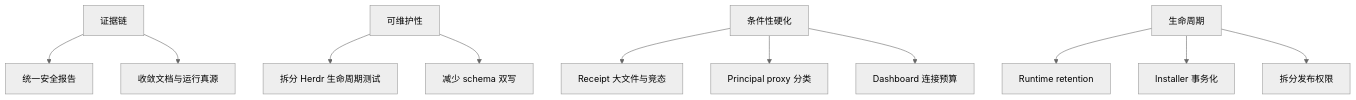
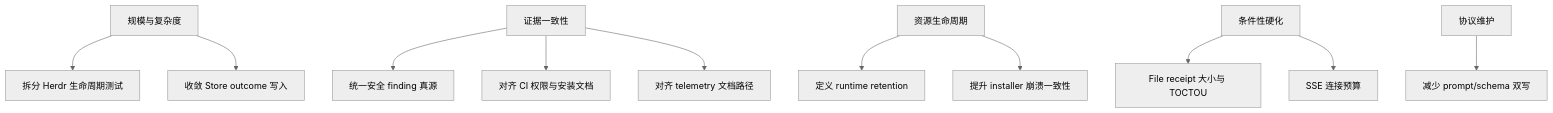
The diagram in droid-wiki/cleanup-opportunities.md (oldwinter/herdr-orchestrator), drawn with Mermaid (neutral theme) before and after one commit. The commit also changed other lines of this file and 62 other files, not shown here.

````diff
--- a/droid-wiki/cleanup-opportunities.md
+++ b/droid-wiki/cleanup-opportunities.md
@@ -10,13 +69,13 @@
 ```mermaid
 flowchart TD
-    E[证据链] --> SR[统一安全报告]
-    E --> RD[收敛文档与运行真源]
-    M[可维护性] --> HF[拆分 Herdr 生命周期测试]
-    M --> SC[减少 schema 双写]
-    H[条件性硬化] --> FR[Receipt 大文件与竞态]
-    H --> PX[Principal proxy 分类]
-    H --> SSE[Dashboard 连接预算]
-    L[生命周期] --> RT[Runtime retention]
-    L --> IN[Installer 事务化]
-    L --> CI[拆分发布权限]
+    规模[规模与复杂度] --> 生命周期[拆分 Herdr 生命周期测试]
+    规模 --> 状态折叠[收敛 Store outcome 写入]
+    证据[证据一致性] --> 安全报告[统一安全 finding 真源]
+    证据 --> 发布文档[对齐 CI 权限与安装文档]
+    证据 --> 目录命名[对齐 telemetry 文档路径]
+    生命周期2[资源生命周期] --> Retention[定义 runtime retention]
+    生命周期2 --> 安装事务[提升 installer 崩溃一致性]
+    硬化[条件性硬化] --> 文件[File receipt 大小与 TOCTOU]
+    硬化 --> SSE[SSE 连接预算]
+    协议[协议维护] --> Schema[减少 prompt/schema 双写]
 ```
````
